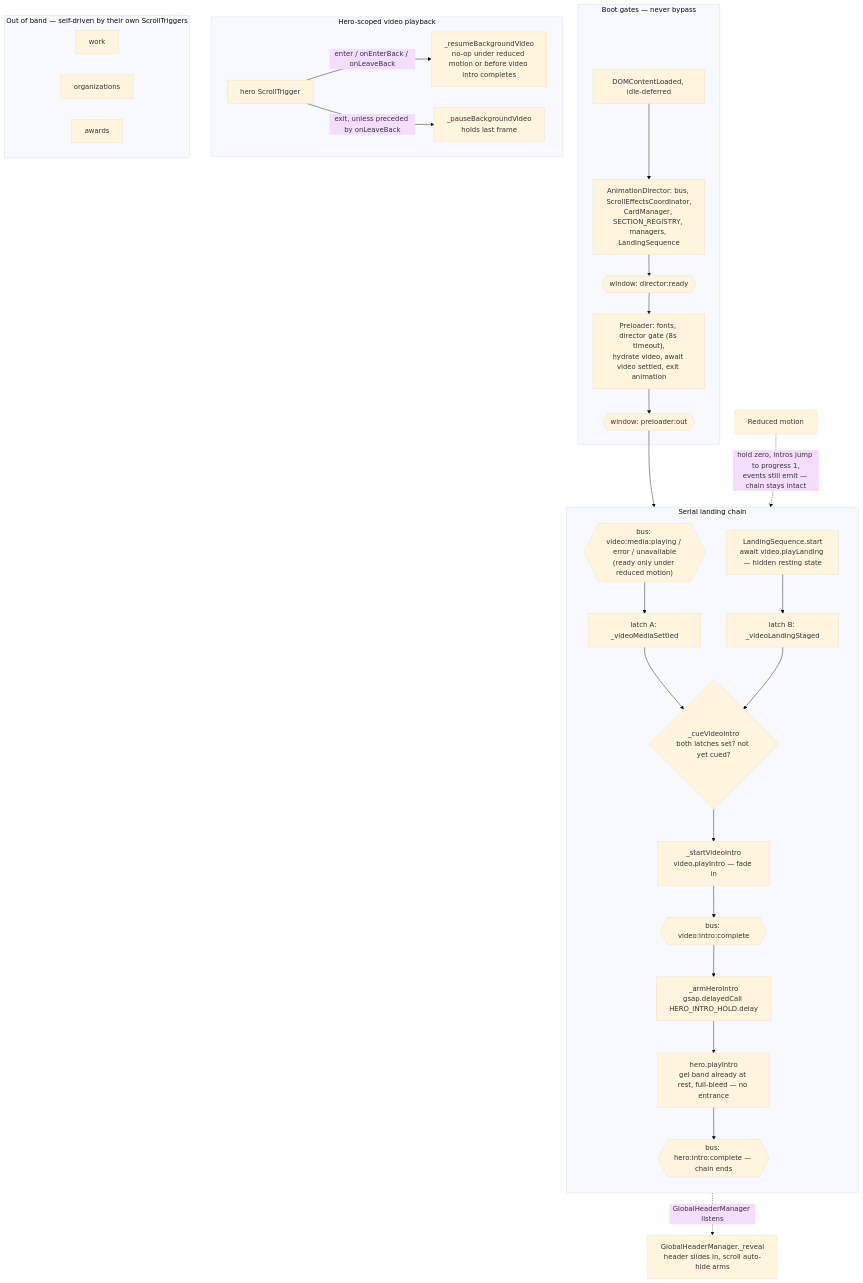
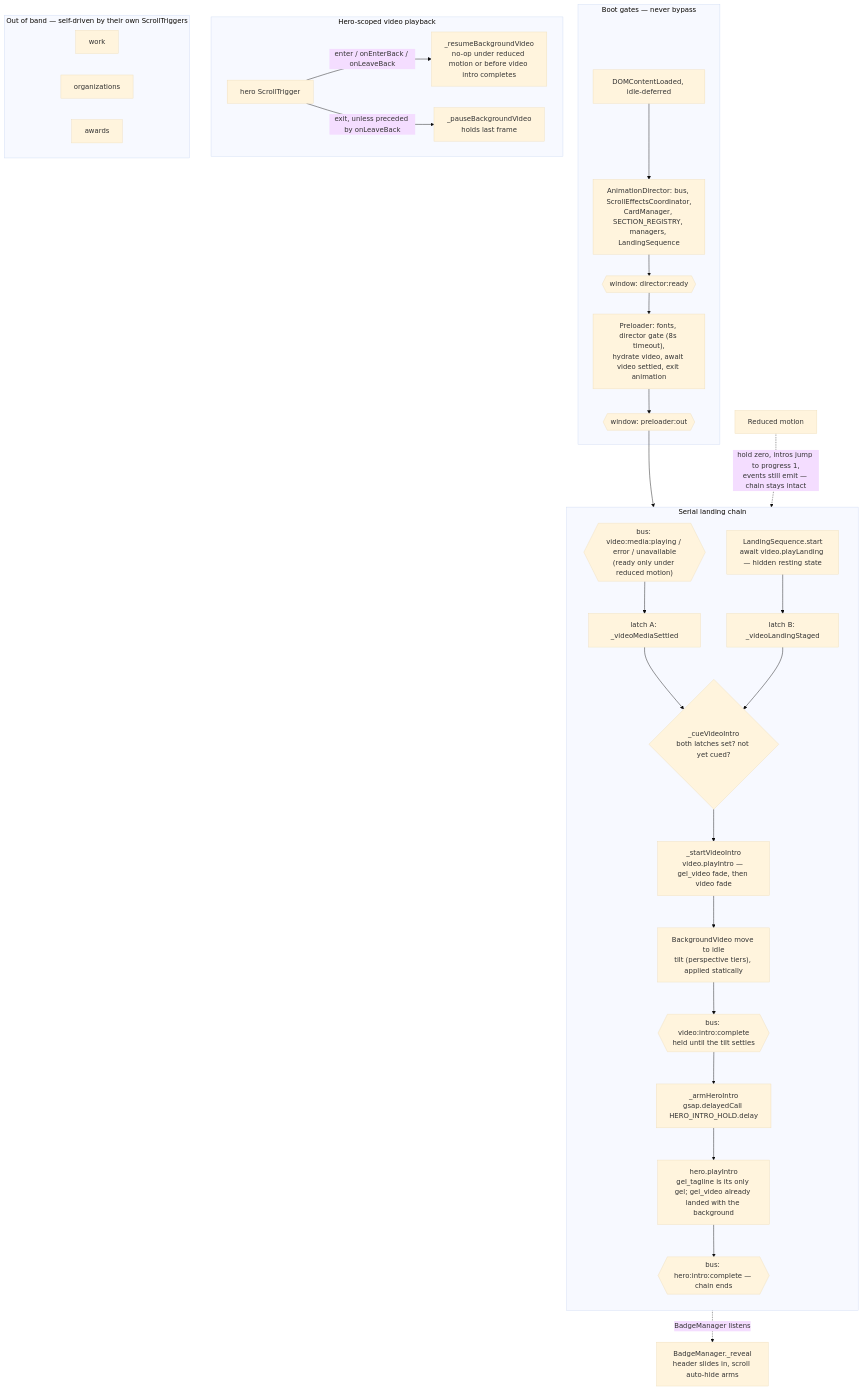
One commit to datainkio/dataink.io changed the second of 2 diagrams in assets/js/choreography/templates/landing/LandingSequence.md. Above: the diagram before and after it, drawn with Mermaid (base theme). The commit also changed other lines of this file and 417 other files, not shown here.

````diff
--- a/assets/js/choreography/templates/landing/LandingSequence.md
+++ b/assets/js/choreography/templates/landing/LandingSequence.md
@@ -127,40 +156,41 @@
 ```mermaid
 flowchart TD
     subgraph boot["Boot gates — never bypass"]
         DCL["DOMContentLoaded, idle-deferred"] --> AD["AnimationDirector: bus, ScrollEffectsCoordinator,<br/>CardManager, SECTION_REGISTRY, managers, LandingSequence"]
         AD --> DR{{"window: director:ready"}}
         DR --> PRE["Preloader: fonts, director gate (8s timeout),<br/>hydrate video, await video settled, exit animation"]
         PRE --> PO{{"window: preloader:out"}}
     end
 
     subgraph chain["Serial landing chain"]
         direction TB
         VS{{"bus: video:media:playing / error / unavailable<br/>(ready only under reduced motion)"}} --> LA["latch A: _videoMediaSettled"]
         PO --> START["LandingSequence.start<br/>await video.playLanding — hidden resting state"]
         START --> LB["latch B: _videoLandingStaged"]
         LA --> CUE{"_cueVideoIntro<br/>both latches set? not yet cued?"}
         LB --> CUE
-        CUE --> VID["_startVideoIntro<br/>video.playIntro — fade in"]
-        VID --> VIC{{"bus: video:intro:complete"}}
+        CUE --> VID["_startVideoIntro<br/>video.playIntro — gel_video fade, then video fade"]
+        VID --> IDLE["BackgroundVideo move to idle<br/>tilt (perspective tiers), applied statically"]
+        IDLE --> VIC{{"bus: video:intro:complete<br/>held until the tilt settles"}}
         VIC --> BEAT["_armHeroIntro<br/>gsap.delayedCall HERO_INTRO_HOLD.delay"]
-        BEAT --> HERO["hero.playIntro<br/>gel band already at rest, full-bleed — no entrance"]
+        BEAT --> HERO["hero.playIntro<br/>gel_tagline is its only gel; gel_video already landed with the background"]
         HERO --> BIC{{"bus: hero:intro:complete — chain ends"}}
     end
 
-    BIC -.->|"GlobalHeaderManager listens"| HDR["GlobalHeaderManager._reveal<br/>header slides in, scroll auto-hide arms"]
+    BIC -.->|"BadgeManager listens"| HDR["BadgeManager._reveal<br/>header slides in, scroll auto-hide arms"]
 
     subgraph gate["Hero-scoped video playback"]
         direction LR
         HEROST["hero ScrollTrigger"] -->|"enter / onEnterBack / onLeaveBack"| RES["_resumeBackgroundVideo<br/>no-op under reduced motion or before video intro completes"]
         HEROST -->|"exit, unless preceded by onLeaveBack"| PAU["_pauseBackgroundVideo<br/>holds last frame"]
     end
 
     subgraph scroll["Out of band — self-driven by their own ScrollTriggers"]
         direction LR
         WORK["work"]
         ORGS["organizations"]
         AWARDS["awards"]
     end
 
     RM["Reduced motion"] -.->|"hold zero, intros jump to progress 1,<br/>events still emit — chain stays intact"| chain
 ```
````
